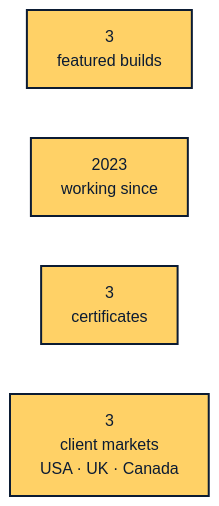
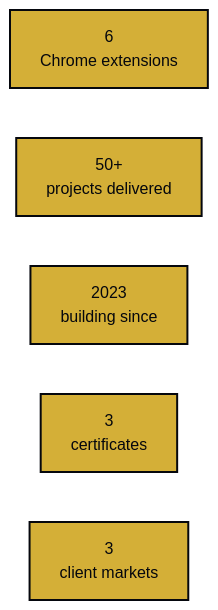
One commit to mrehanalhassan/mrehanalhassan changed the third of 7 diagrams in README.md. Above: the diagram before and after it, drawn with Mermaid (neutral theme). The commit also changed other lines of this file, not shown here.

````diff
--- a/README.md
+++ b/README.md
@@ -121,9 +116,10 @@
 ```mermaid
 flowchart LR
-    B["3<br/>featured builds"]
-    Y["2023<br/>working since"]
+    E["6<br/>Chrome extensions"]
+    P["50+<br/>projects delivered"]
+    Y["2023<br/>building since"]
     C["3<br/>certificates"]
-    M["3<br/>client markets<br/>USA · UK · Canada"]
-    classDef stat fill:#FFD166,stroke:#0B1B33,stroke-width:2px,color:#0B1B33
-    class B,Y,C,M stat
+    M["3<br/>client markets"]
+    classDef stat fill:#D4AF37,stroke:#05070D,stroke-width:2px,color:#05070D
+    class E,P,Y,C,M stat
 ```
````
